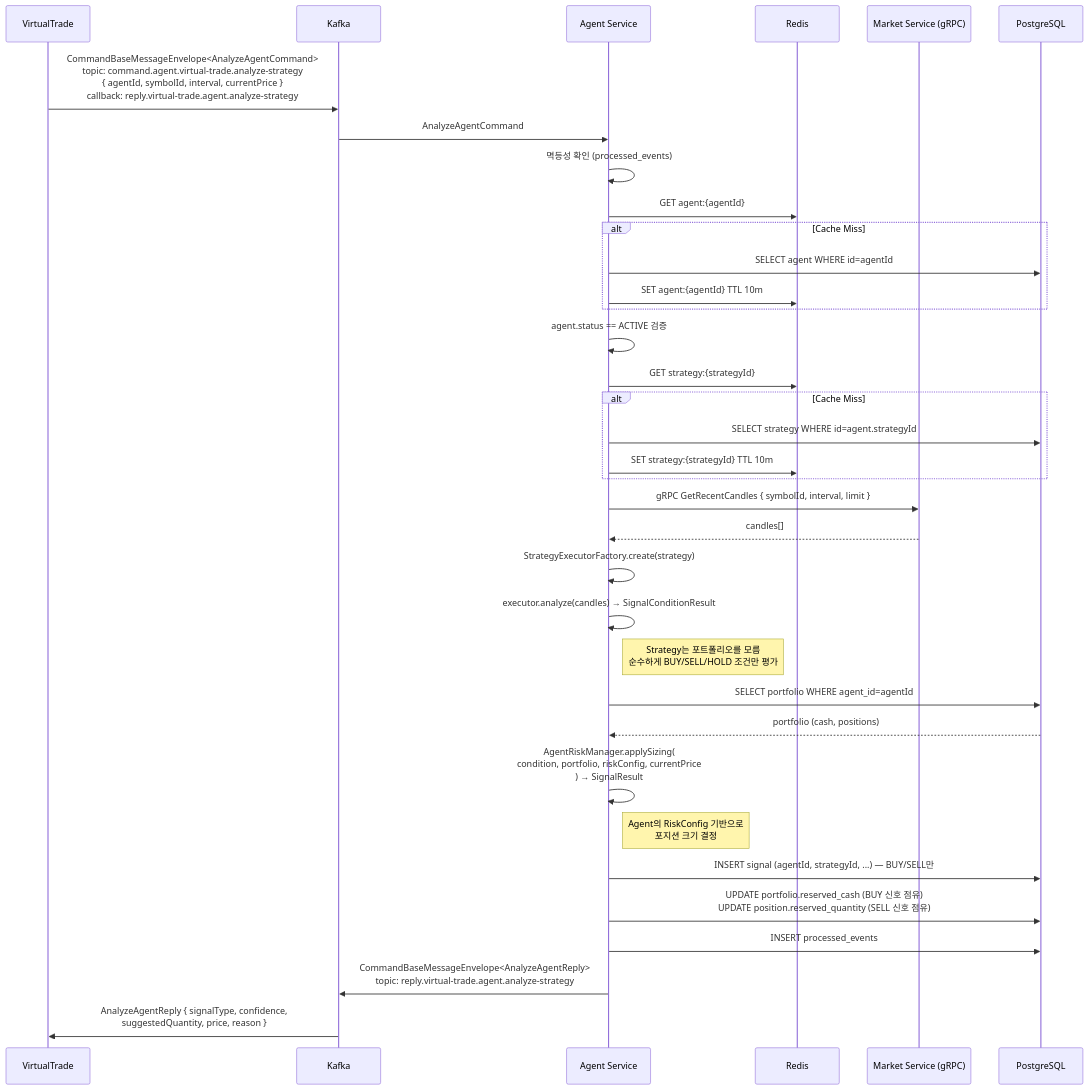
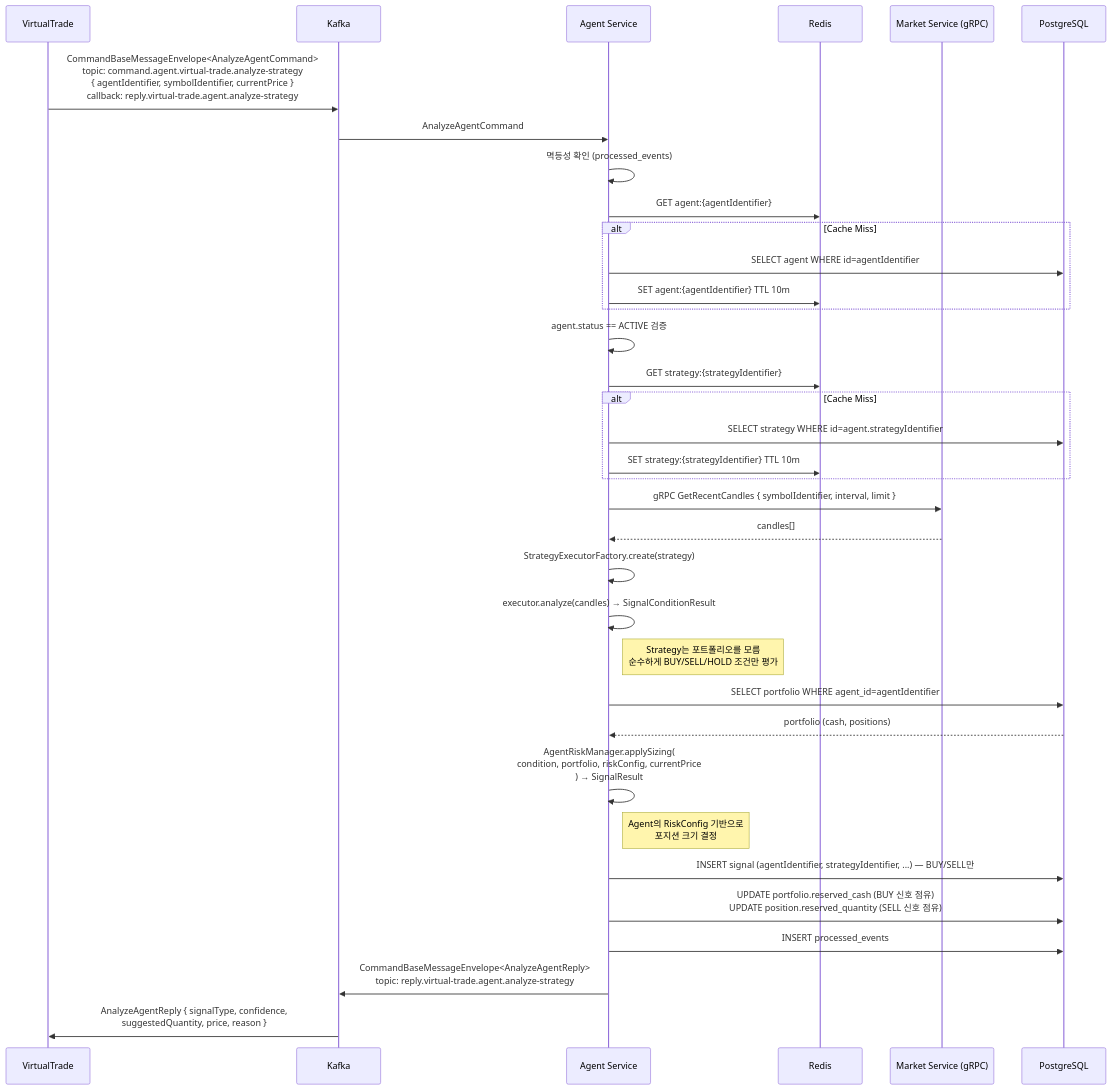
Before and after one commit to Trade-Pilot/.github: the third of 6 diagrams in backend/agent/sequence-diagram.md, drawn with Mermaid. The commit also changed other lines of this file and 17 other files, not shown here.

````diff
--- a/backend/agent/sequence-diagram.md
+++ b/backend/agent/sequence-diagram.md
@@ -51,49 +51,49 @@
 ```mermaid
 sequenceDiagram
     participant VT    as VirtualTrade
     participant Kafka
     participant AG    as Agent Service
     participant Redis
     participant MKT   as Market Service (gRPC)
     participant DB    as PostgreSQL
 
-    VT ->> Kafka: CommandBaseMessageEnvelope<AnalyzeAgentCommand><br>topic: command.agent.virtual-trade.analyze-strategy<br>{ agentId, symbolId, interval, currentPrice }<br>callback: reply.virtual-trade.agent.analyze-strategy
+    VT ->> Kafka: CommandBaseMessageEnvelope<AnalyzeAgentCommand><br>topic: command.agent.virtual-trade.analyze-strategy<br>{ agentIdentifier, symbolIdentifier, currentPrice }<br>callback: reply.virtual-trade.agent.analyze-strategy
 
     Kafka ->> AG: AnalyzeAgentCommand
 
     AG ->> AG: 멱등성 확인 (processed_events)
 
-    AG ->> Redis: GET agent:{agentId}
+    AG ->> Redis: GET agent:{agentIdentifier}
     alt Cache Miss
-        AG ->> DB: SELECT agent WHERE id=agentId
-        AG ->> Redis: SET agent:{agentId} TTL 10m
+        AG ->> DB: SELECT agent WHERE id=agentIdentifier
+        AG ->> Redis: SET agent:{agentIdentifier} TTL 10m
     end
     AG ->> AG: agent.status == ACTIVE 검증
 
-    AG ->> Redis: GET strategy:{strategyId}
+    AG ->> Redis: GET strategy:{strategyIdentifier}
     alt Cache Miss
-        AG ->> DB: SELECT strategy WHERE id=agent.strategyId
-        AG ->> Redis: SET strategy:{strategyId} TTL 10m
+        AG ->> DB: SELECT strategy WHERE id=agent.strategyIdentifier
+        AG ->> Redis: SET strategy:{strategyIdentifier} TTL 10m
     end
 
-    AG ->> MKT: gRPC GetRecentCandles { symbolId, interval, limit }
+    AG ->> MKT: gRPC GetRecentCandles { symbolIdentifier, interval, limit }
     MKT -->> AG: candles[]
 
     AG ->> AG: StrategyExecutorFactory.create(strategy)
     AG ->> AG: executor.analyze(candles) → SignalConditionResult
     Note right of AG: Strategy는 포트폴리오를 모름<br>순수하게 BUY/SELL/HOLD 조건만 평가
 
-    AG ->> DB: SELECT portfolio WHERE agent_id=agentId
+    AG ->> DB: SELECT portfolio WHERE agent_id=agentIdentifier
     DB -->> AG: portfolio (cash, positions)
 
     AG ->> AG: AgentRiskManager.applySizing(<br>  condition, portfolio, riskConfig, currentPrice<br>) → SignalResult
     Note right of AG: Agent의 RiskConfig 기반으로<br>포지션 크기 결정
 
-    AG ->> DB: INSERT signal (agentId, strategyId, ...) — BUY/SELL만
+    AG ->> DB: INSERT signal (agentIdentifier, strategyIdentifier, ...) — BUY/SELL만
     AG ->> DB: UPDATE portfolio.reserved_cash (BUY 신호 점유)<br>UPDATE position.reserved_quantity (SELL 신호 점유)
     AG ->> DB: INSERT processed_events
 
     AG ->> Kafka: CommandBaseMessageEnvelope<AnalyzeAgentReply><br>topic: reply.virtual-trade.agent.analyze-strategy
 
     Kafka ->> VT: AnalyzeAgentReply { signalType, confidence,<br>suggestedQuantity, price, reason }
 ```
````
